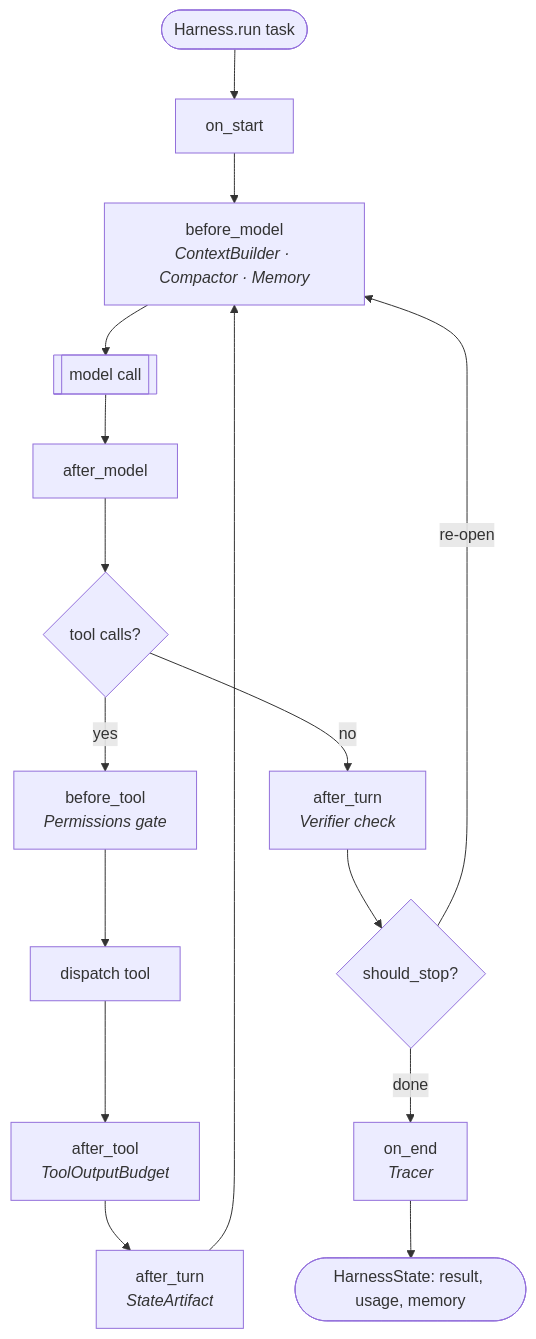
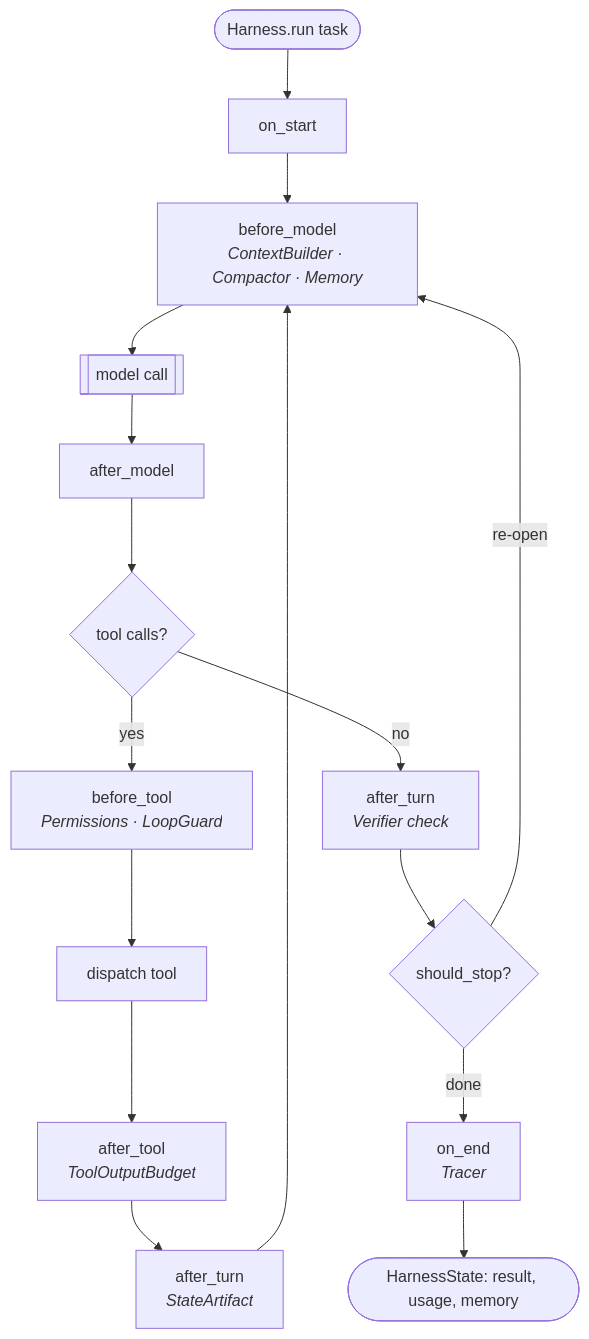
The diagram in README.md (ChaoYue0307/pyhar), drawn with Mermaid before and after one commit. The commit also changed other lines of this file and 26 other files, not shown here.

````diff
--- a/README.md
+++ b/README.md
@@ -78,18 +78,18 @@
 ```mermaid
 flowchart TD
     A([Harness.run task]) --> B[on_start]
     B --> C["before_model<br/><i>ContextBuilder · Compactor · Memory</i>"]
     C --> D[[model call]]
     D --> E[after_model]
     E --> F{tool calls?}
-    F -- yes --> G["before_tool<br/><i>Permissions gate</i>"]
+    F -- yes --> G["before_tool<br/><i>Permissions · LoopGuard</i>"]
     G --> H[dispatch tool]
     H --> I["after_tool<br/><i>ToolOutputBudget</i>"]
     I --> J["after_turn<br/><i>StateArtifact</i>"]
     J --> C
     F -- no --> K["after_turn<br/><i>Verifier check</i>"]
     K --> L{should_stop?}
     L -- re-open --> C
     L -- done --> M["on_end<br/><i>Tracer</i>"]
     M --> N([HarnessState: result, usage, memory])
 ```
````
